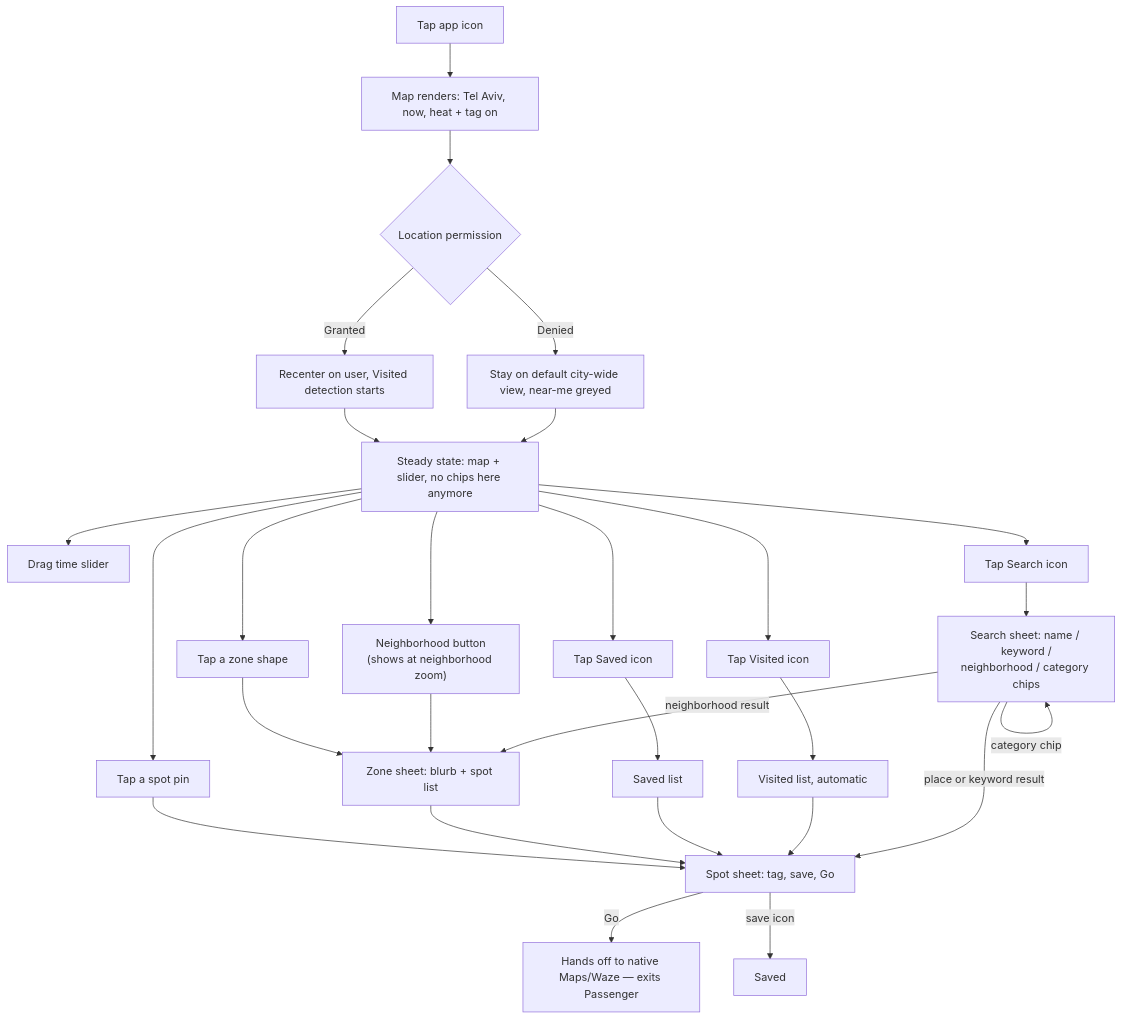
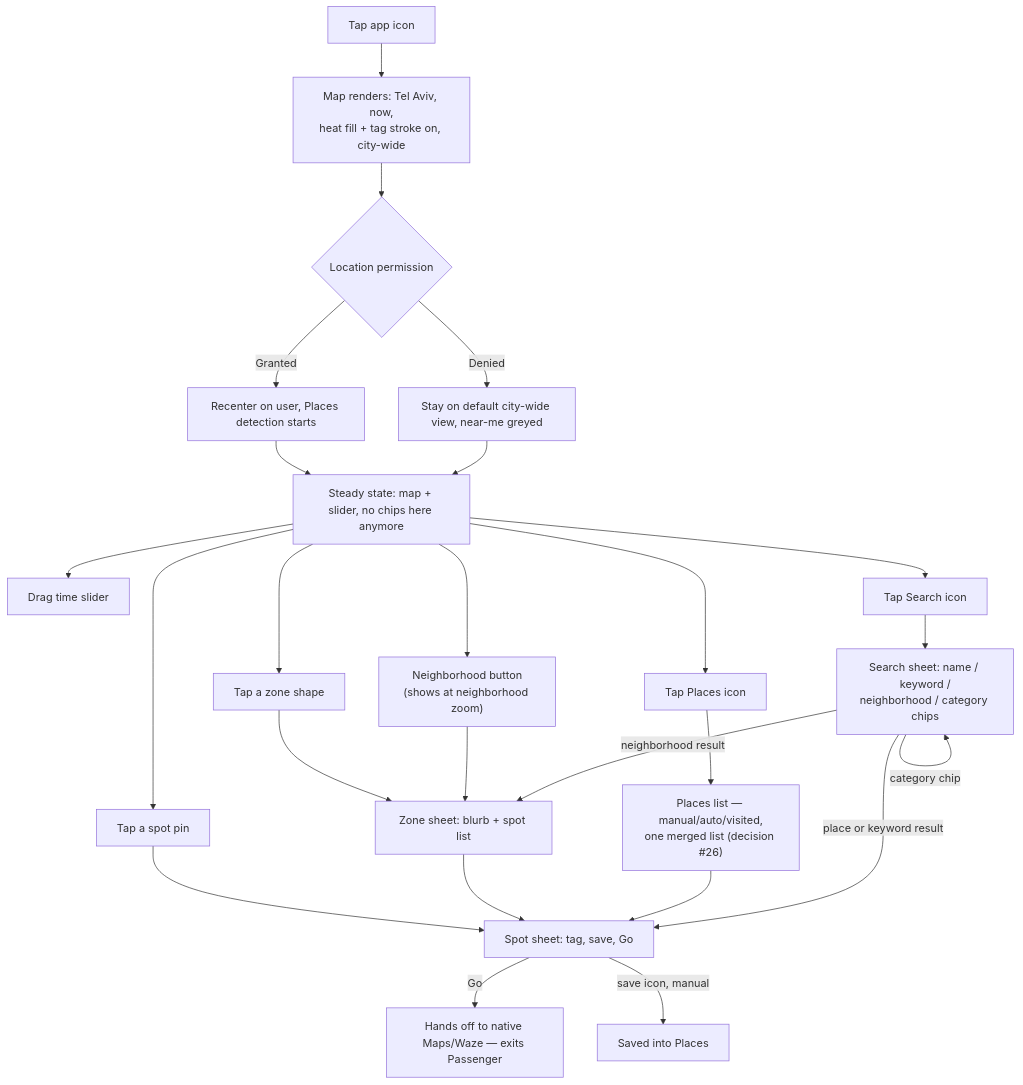
One commit to AviranGrisaro/passenger-brain changed the first of 4 diagrams in design/ux-flows.md. Above: the diagram before and after it, drawn with Mermaid. The commit also changed other lines of this file and 3 other files, not shown here.

````diff
--- a/design/ux-flows.md
+++ b/design/ux-flows.md
@@ -222,22 +240,21 @@
 ```mermaid
 flowchart TD
-    A[Tap app icon] --> B[Map renders: Tel Aviv, now, heat + tag on]
+    A[Tap app icon] --> B[Map renders: Tel Aviv, now,<br/>heat fill + tag stroke on, city-wide]
     B --> C{Location permission}
-    C -->|Granted| D[Recenter on user, Visited detection starts]
+    C -->|Granted| D[Recenter on user, Places detection starts]
     C -->|Denied| E[Stay on default city-wide view, near-me greyed]
     D --> F[Steady state: map + slider, no chips here anymore]
     E --> F
     F --> G[Tap a zone shape] --> ZS[Zone sheet: blurb + spot list]
     F --> T["Neighborhood button<br/>(shows at neighborhood zoom)"] --> ZS
     F --> H[Tap a spot pin] --> M[Spot sheet: tag, save, Go]
     ZS --> M
     F --> I[Drag time slider]
-    F --> K[Tap Saved icon] --> P[Saved list] --> M
-    F --> L[Tap Visited icon] --> Q[Visited list, automatic] --> M
+    F --> K[Tap Places icon] --> P["Places list — manual/auto/visited,<br/>one merged list (decision #26)"] --> M
     F --> S["Tap Search icon"] --> SS["Search sheet: name / keyword /<br/>neighborhood / category chips"]
     SS -->|place or keyword result| M
     SS -->|neighborhood result| ZS
     SS -->|category chip| SS
     M -->|Go| N[Hands off to native Maps/Waze — exits Passenger]
-    M -->|save icon| O[Saved]
+    M -->|save icon, manual| O[Saved into Places]
 ```
````
